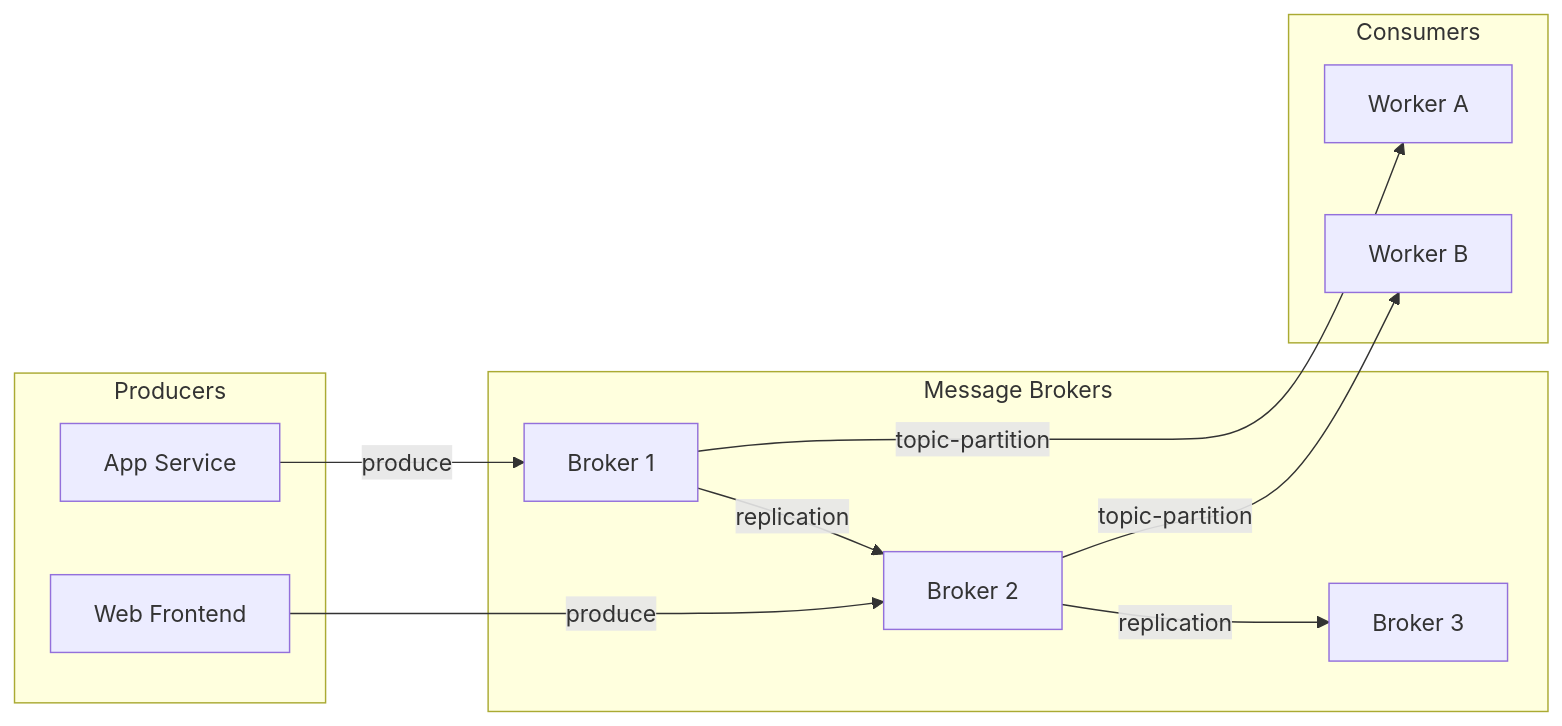
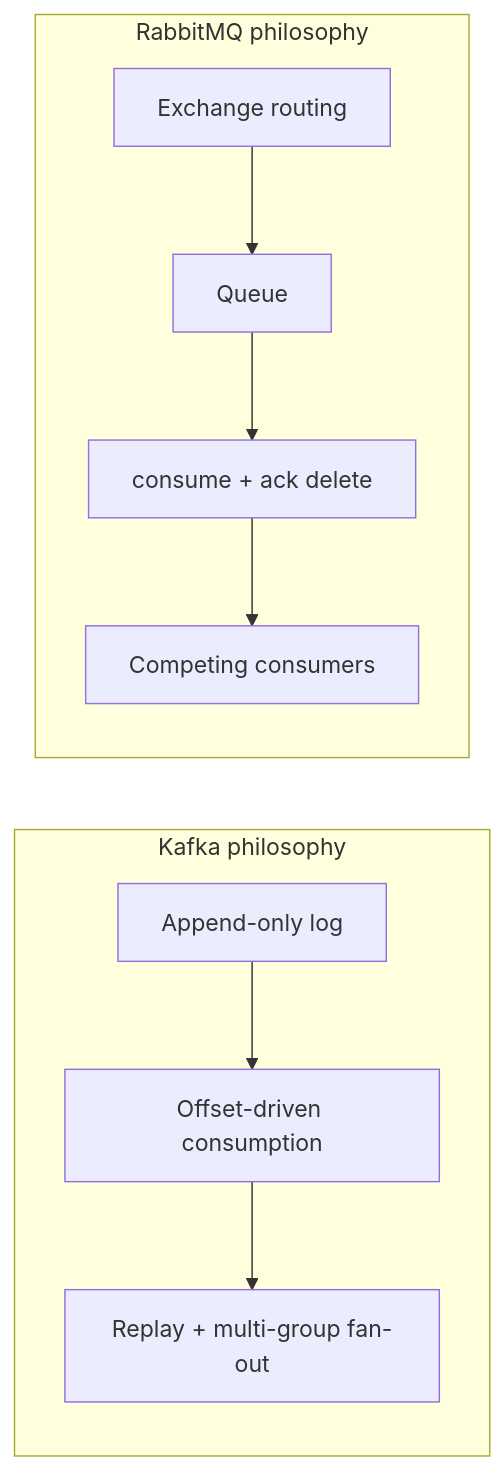
One commit to abhishekghoshh/system-design-helper changed the sixth of 15 diagrams in docs/system-design/high-level/designing/advanced/distributed-messaging-queue.md. Above: the diagram before and after it, drawn with Mermaid. The commit also changed other lines of this file and 107 other files, not shown here.

````diff
--- a/docs/system-design/high-level/designing/advanced/distributed-messaging-queue.md
+++ b/docs/system-design/high-level/designing/advanced/distributed-messaging-queue.md
@@ -265,22 +607,12 @@
 ```mermaid
-graph LR
-  subgraph "Producers"
-    P1[App Service]
-    P2[Web Frontend]
-  end
-  subgraph "Message Brokers"
-    B1[Broker 1]
-    B2[Broker 2]
-    B3[Broker 3]
-  end
-  subgraph "Consumers"
-    C1[Worker A]
-    C2[Worker B]
-  end
-  P1 -- produce --> B1
-  P2 -- produce --> B2
-  B1 -- topic-partition --> C1
-  B2 -- topic-partition --> C2
-  B1 -- replication --> B2
-  B2 -- replication --> B3
+flowchart LR
+    subgraph K[Kafka philosophy]
+        A[Append-only log] --> B[Offset-driven consumption]
+        B --> C[Replay + multi-group fan-out]
+    end
+    subgraph R[RabbitMQ philosophy]
+        D[Exchange routing] --> E[Queue]
+        E --> F[consume + ack delete]
+        F --> G[Competing consumers]
+    end
 ```
````
